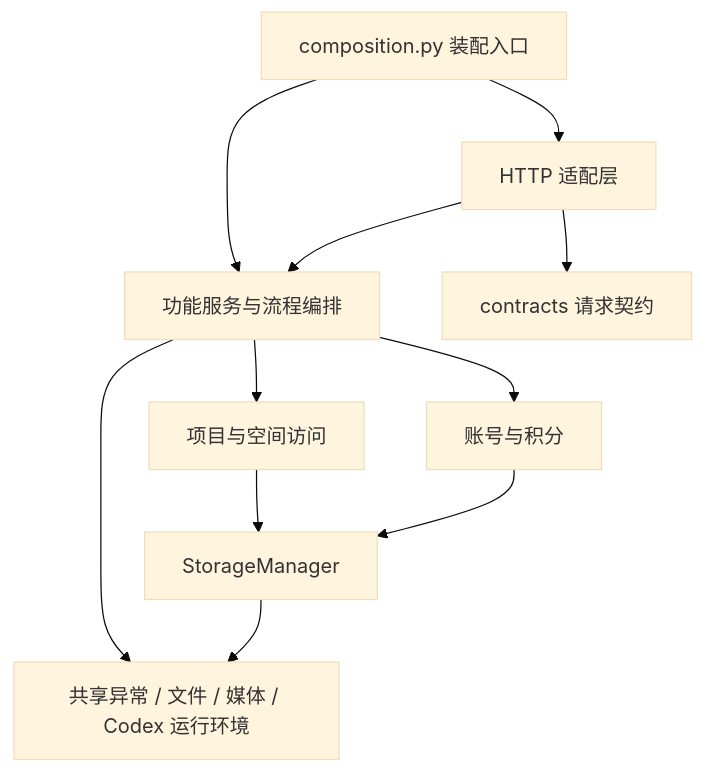
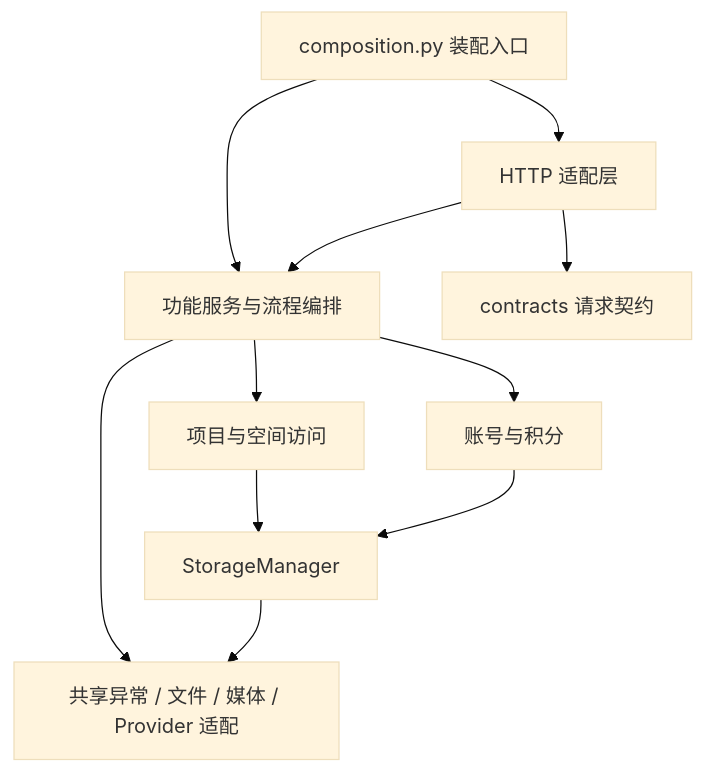
One commit to mhaiyan203-hue/image-workbench changed the diagram in docs/architecture.md. Above: the diagram before and after it, drawn with Mermaid (base theme). The commit also changed other lines of this file and 12 other files, not shown here.

````diff
--- a/docs/architecture.md
+++ b/docs/architecture.md
@@ -45,13 +48,13 @@
 ```mermaid
 flowchart TD
     C[composition.py 装配入口] --> H[HTTP 适配层]
     C --> S[功能服务与流程编排]
     H --> K[contracts 请求契约]
     H --> S
     S --> P[项目与空间访问]
     S --> I[账号与积分]
     P --> D[StorageManager]
     I --> D
-    S --> F[共享异常 / 文件 / 媒体 / Codex 运行环境]
+    S --> F[共享异常 / 文件 / 媒体 / Provider 适配]
     D --> F
 ```
````
